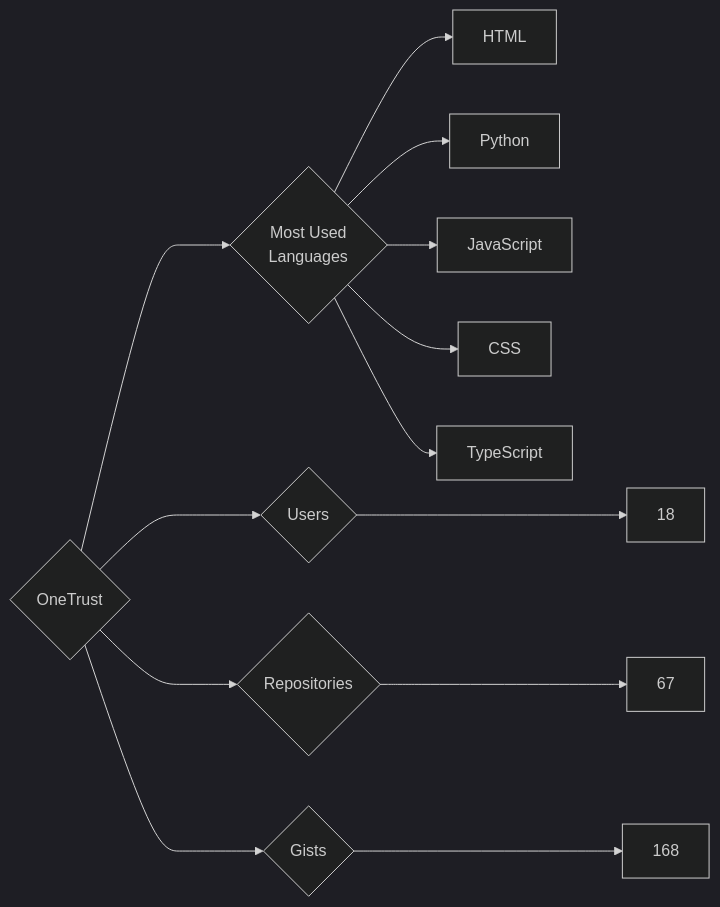
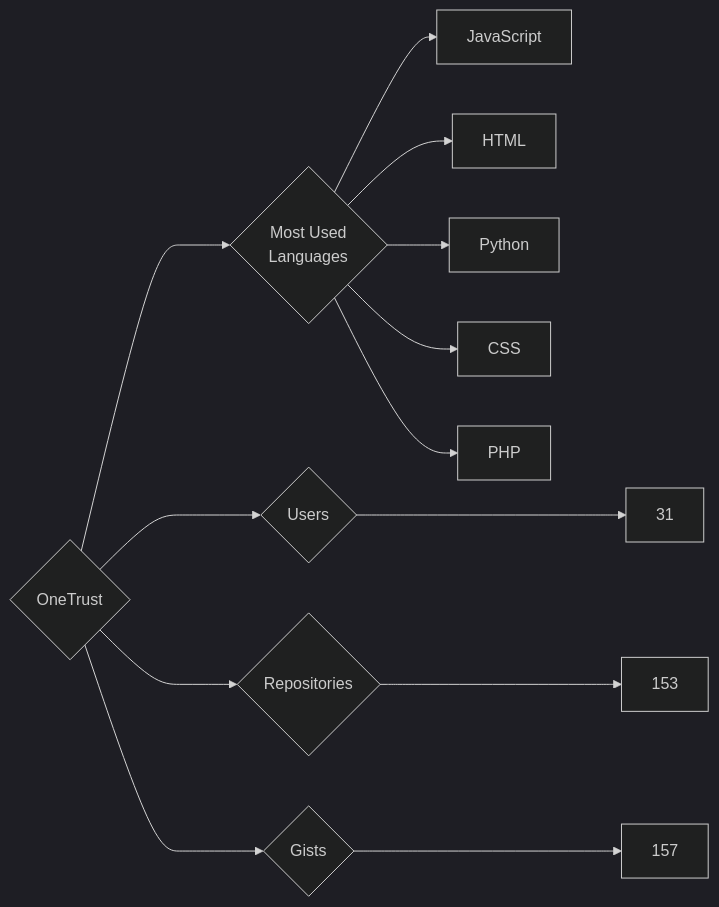
The diagram in targets/OneTrust/README.md (trickest/insiders), drawn with Mermaid (dark theme) before and after one commit. The commit also changed 970 other files, not shown here.

````diff
--- a/targets/OneTrust/README.md
+++ b/targets/OneTrust/README.md
@@ -3,13 +3,13 @@
 ```mermaid
 graph LR
 COMPANY_NAME{OneTrust}
-COMPANY_NAME ---> U{Users} ---> UN[18]
-COMPANY_NAME ---> R{Repositories} ---> RN[67]
-COMPANY_NAME ---> G{Gists} ---> GN[168]
+COMPANY_NAME ---> U{Users} ---> UN[31]
+COMPANY_NAME ---> R{Repositories} ---> RN[153]
+COMPANY_NAME ---> G{Gists} ---> GN[157]
 COMPANY_NAME ---> ML{Most Used<br>Languages}
+ML --> JavaScript[JavaScript]
 ML --> HTML[HTML]
 ML --> Python[Python]
-ML --> JavaScript[JavaScript]
 ML --> CSS[CSS]
-ML --> TypeScript[TypeScript]
+ML --> PHP[PHP]
 ```
````
